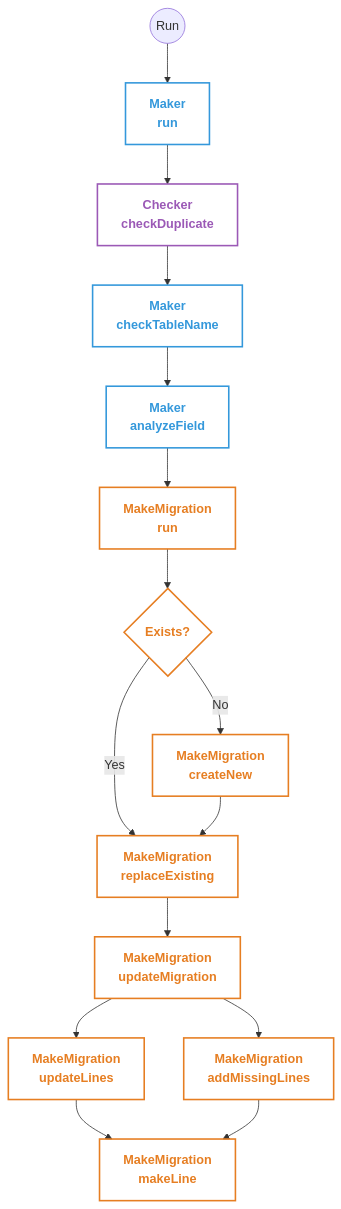
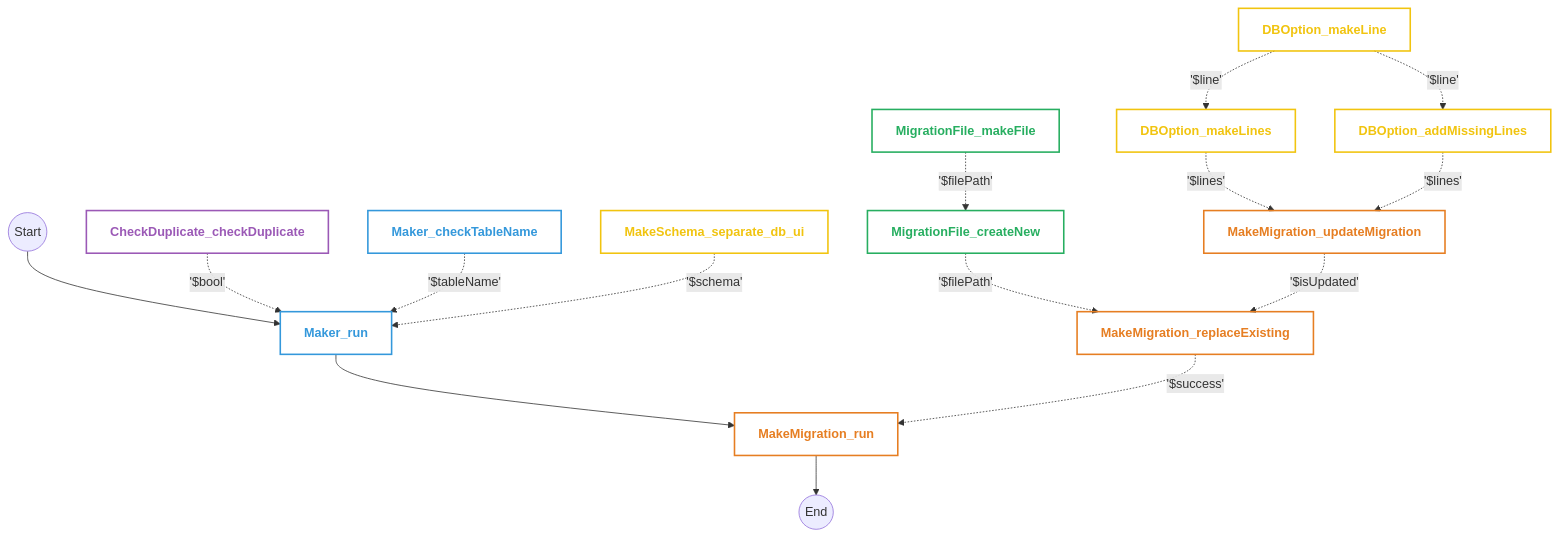
Before and after one commit to softwaretotest/learn_frontend: the diagram in docs/LARAVEL_M-BOT/Flow_PHP.md, drawn with Mermaid. The commit also changed 1 other file, not shown here.

Commit message:
update mermaid for M-Project (PHP Flow)

````diff
--- a/docs/LARAVEL_M-BOT/Flow_PHP.md
+++ b/docs/LARAVEL_M-BOT/Flow_PHP.md
@@ -3,45 +3,51 @@
 ```mermaid
 graph TD
-    %% กำหนดสไตล์ Minimalist
+    %% Define Styles
     classDef makerClass stroke:#3498db,stroke-width:2px,color:#3498db,font-weight:bold,fill:none;
     classDef makeMigClass stroke:#e67e22,stroke-width:2px,color:#e67e22,font-weight:bold,fill:none;
     classDef checkClass stroke:#9b59b6,stroke-width:2px,color:#9b59b6,font-weight:bold,fill:none;
+    classDef fileClass stroke:#27ae60,stroke-width:2px,color:#27ae60,font-weight:bold,fill:none;
+    classDef schemaClass stroke:#f1c40f,stroke-width:2px,color:#f1c40f,font-weight:bold,fill:none;
 
-    %% ฟังก์ชันของ Maker
-    Maker_Run[Maker<br/>run]:::makerClass
-    Maker_CheckTableName[Maker<br/>checkTableName]:::makerClass
-    Maker_AnalyzeField[Maker<br/>analyzeField]:::makerClass
+    %% Nodes
+    Maker_Run[Maker_run]:::makerClass
+    Maker_Check[Maker_checkTableName]:::makerClass
+    Checker_Run[CheckDuplicate_checkDuplicate]:::checkClass
+    MakeSchema_Sep[MakeSchema_separate_db_ui]:::schemaClass
 
-    %% ฟังก์ชันของ MakeMigration
-    MakeMigration_Run[MakeMigration<br/>run]:::makeMigClass
-    MakeMigration_ReplaceExisting{Exists?}:::makeMigClass
-    MakeMigration_ReplaceExisting_Func[MakeMigration<br/>replaceExisting]:::makeMigClass
-    MakeMigration_CreateNew[MakeMigration<br/>createNew]:::makeMigClass
-    MakeMigration_UpdateMigration[MakeMigration<br/>updateMigration]:::makeMigClass
-    MakeMigration_UpdateLines[MakeMigration<br/>updateLines]:::makeMigClass
-    MakeMigration_AddMissingLines[MakeMigration<br/>addMissingLines]:::makeMigClass
-    MakeMigration_MakeLine[MakeMigration<br/>makeLine]:::makeMigClass
+    MakeMig_Run[MakeMigration_run]:::makeMigClass
+    MakeMig_Replace[MakeMigration_replaceExisting]:::makeMigClass
+    MakeMig_Update[MakeMigration_updateMigration]:::makeMigClass
 
-    %% ฟังก์ชันของ Checker
-    Checker_CheckDuplicate[Checker<br/>checkDuplicate]:::checkClass
+    DBOpt_MakeLines[DBOption_makeLines]:::schemaClass
+    DBOpt_MakeLine[DBOption_makeLine]:::schemaClass
+    DBOpt_AddMissing[DBOption_addMissingLines]:::schemaClass
 
-    %% Flow การทำงาน
-    Start((Run)) --> Maker_Run
-    Maker_Run --> Checker_CheckDuplicate
-    Checker_CheckDuplicate --> Maker_CheckTableName
-    Maker_CheckTableName --> Maker_AnalyzeField
-    Maker_AnalyzeField --> MakeMigration_Run
+    MigFile_Create[MigrationFile_createNew]:::fileClass
+    MigFile_Make[MigrationFile_makeFile]:::fileClass
 
-    MakeMigration_Run --> MakeMigration_ReplaceExisting
-    MakeMigration_ReplaceExisting -- Yes --> MakeMigration_ReplaceExisting_Func
-    MakeMigration_ReplaceExisting -- No --> MakeMigration_CreateNew
+    %% Main Start
+    Start((Start)) --> Maker_Run
 
-    MakeMigration_ReplaceExisting_Func --> MakeMigration_UpdateMigration
-    MakeMigration_UpdateMigration --> MakeMigration_UpdateLines
-    MakeMigration_UpdateMigration --> MakeMigration_AddMissingLines
+Maker_Run --> MakeMig_Run
 
-    MakeMigration_UpdateLines --> MakeMigration_MakeLine
-    MakeMigration_AddMissingLines --> MakeMigration_MakeLine
+    %% Return Data Flow
+    Checker_Run -.->|'$bool'| Maker_Run
+    Maker_Check -.->|'$tableName'| Maker_Run
+    MakeSchema_Sep -.->|'$schema'| Maker_Run
 
-    MakeMigration_CreateNew --> MakeMigration_ReplaceExisting_Func
+    MigFile_Make -.->|'$filePath'| MigFile_Create
+    MigFile_Create -.->|'$filePath'| MakeMig_Replace
+
+    DBOpt_MakeLine -.->|'$line'| DBOpt_MakeLines
+    DBOpt_MakeLine -.->|'$line'| DBOpt_AddMissing
+
+    DBOpt_MakeLines -.->|'$lines'| MakeMig_Update
+    DBOpt_AddMissing -.->|'$lines'| MakeMig_Update
+    MakeMig_Update -.->|'$isUpdated'| MakeMig_Replace
+
+    MakeMig_Replace -.->|'$success'| MakeMig_Run
+
+    %% Final End
+    MakeMig_Run --> End((End))
 ```
````
